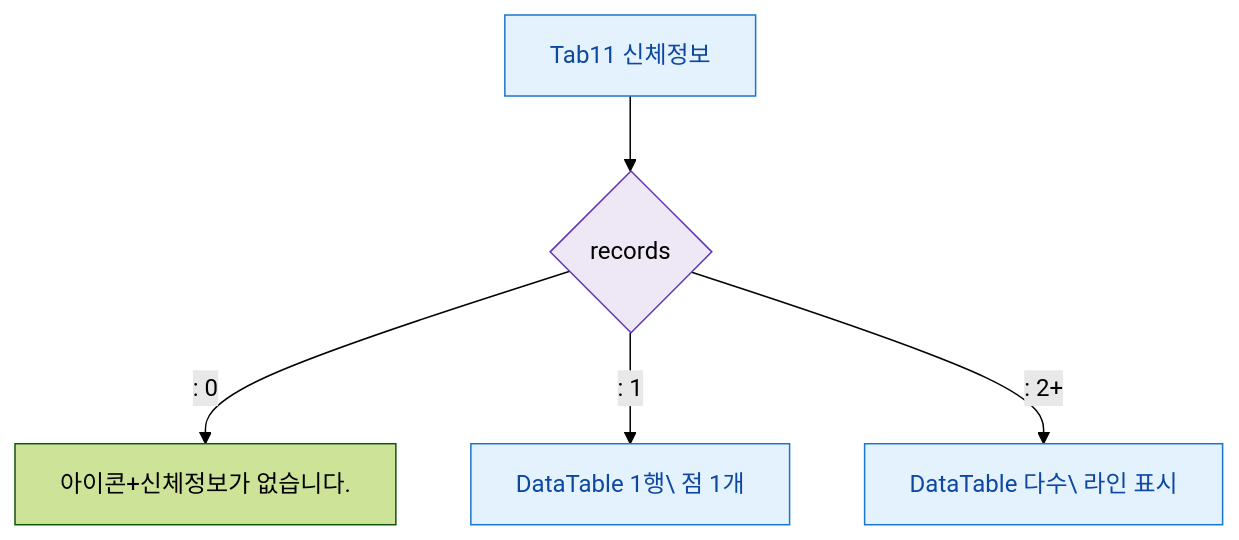
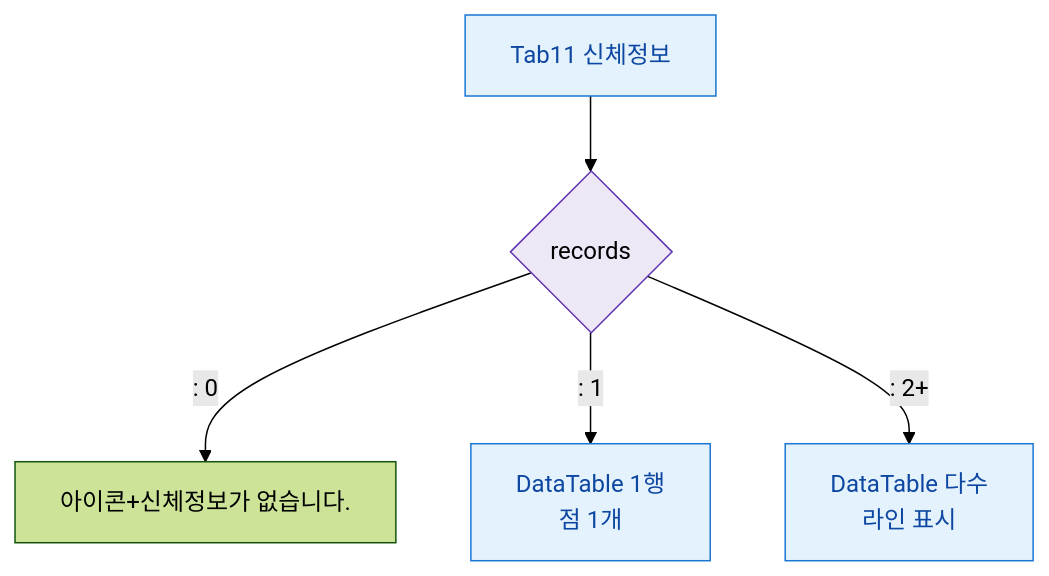
One commit to dev-spogym/admin-pando changed the diagram in docs/admin/다이어그램/D02_회원관리/SCR-M004_회원상세/Tab11_신체정보/F6_상태별.md. Above: the diagram before and after it, drawn with Mermaid (forest theme). The commit also changed 369 other files, not shown here.

````diff
--- a/docs/admin/다이어그램/D02_회원관리/SCR-M004_회원상세/Tab11_신체정보/F6_상태별.md
+++ b/docs/admin/다이어그램/D02_회원관리/SCR-M004_회원상세/Tab11_신체정보/F6_상태별.md
@@ -20,12 +20,12 @@
 ```mermaid
 flowchart TD
   TAB[Tab11 신체정보] --> LIST{records}
   LIST -->|": 0"|EMPTY[아이콘+신체정보가 없습니다.]
-  LIST -->|": 1"|ONE[DataTable 1행\ 점 1개]
-  LIST -->|": 2+"|MULTI[DataTable 다수\ 라인 표시]
+  LIST -->|": 1"|ONE[DataTable 1행<br/> 점 1개]
+  LIST -->|": 2+"|MULTI[DataTable 다수<br/> 라인 표시]
 
   classDef screen fill:#E3F2FD,stroke:#1976D2,color:#0D47A1
   classDef system fill:#EDE7F6,stroke:#5E35B2
   class TAB,ONE,MULTI screen
   class LIST system
 ```
````
